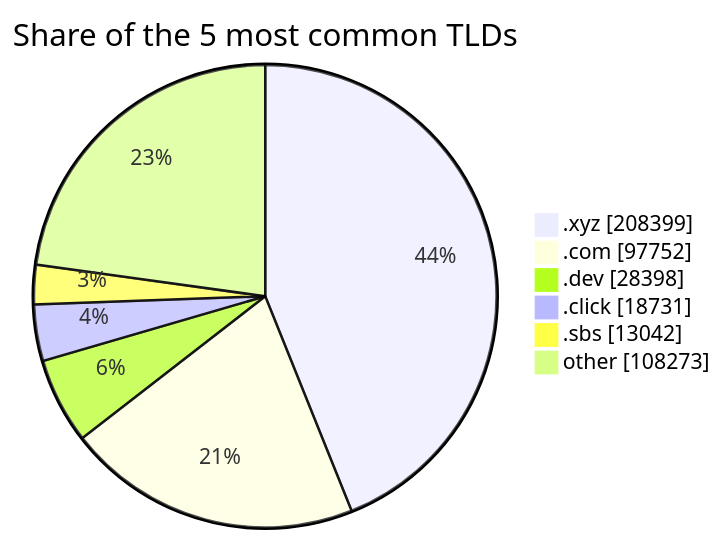
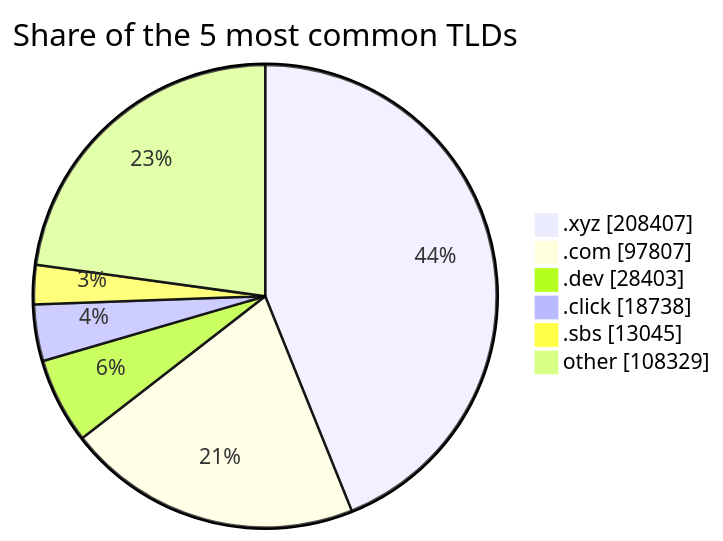
Before and after one commit to DNSBunker/CTI: the second of 2 diagrams in README.md, drawn with Mermaid. The commit also changed other lines of this file and 3 other files, not shown here.

````diff
--- a/README.md
+++ b/README.md
@@ -47,9 +72,9 @@
 ```mermaid
 pie showData title Share of the 5 most common TLDs
-    ".xyz" : 208399
-    ".com" : 97752
-    ".dev" : 28398
-    ".click" : 18731
-    ".sbs" : 13042
-    "other" : 108273
+    ".xyz" : 208407
+    ".com" : 97807
+    ".dev" : 28403
+    ".click" : 18738
+    ".sbs" : 13045
+    "other" : 108329
 ```
````
